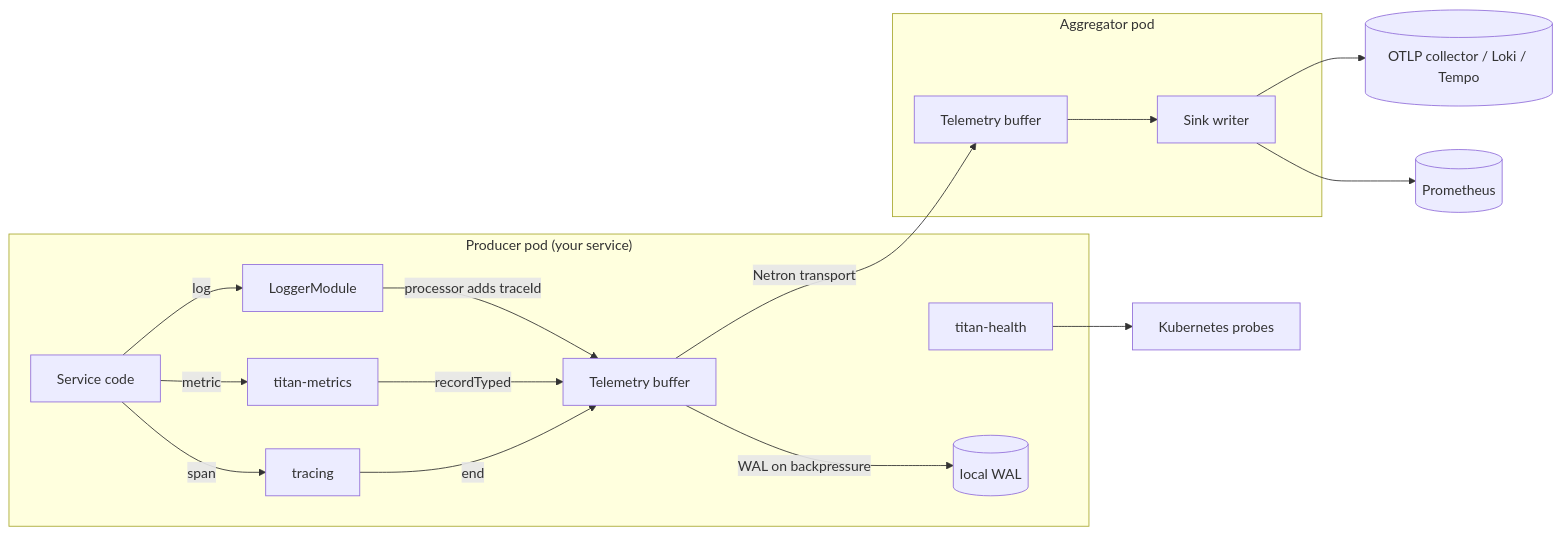
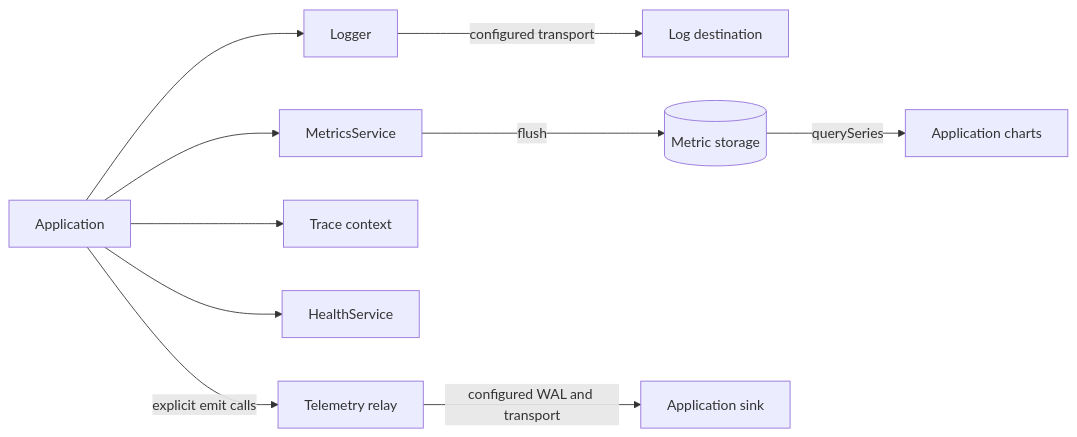
The diagram in docs/titan/recipes/observability-stack.md (omnitron-dev/website), drawn with Mermaid before and after one commit. The commit also changed other lines of this file and 4 other files, not shown here.

````diff
--- a/docs/titan/recipes/observability-stack.md
+++ b/docs/titan/recipes/observability-stack.md
@@ -32,25 +28,12 @@
 ```mermaid
 flowchart LR
-  subgraph "Producer pod (your service)"
-    Code[Service code]
-    Code -- log --> Log[LoggerModule]
-    Code -- metric --> Met[titan-metrics]
-    Code -- span --> Trace[tracing]
-    Health[titan-health]
-
-    Log -- processor adds traceId --> Buf[Telemetry buffer]
-    Met -- recordTyped --> Buf
-    Trace -- end --> Buf
-    Buf -- WAL on backpressure --> WAL[(local WAL)]
-  end
-
-  subgraph "Aggregator pod"
-    AggBuf[Telemetry buffer]
-    AggBuf --> Sink[Sink writer]
-  end
-
-  Buf -- Netron transport --> AggBuf
-  Sink --> Backend[(OTLP collector / Loki / Tempo)]
-  Sink --> Prom[(Prometheus)]
-  Health --> Probe[Kubernetes probes]
+  App[Application] --> Logs[Logger]
+  App --> Metrics[MetricsService]
+  App --> Context[Trace context]
+  App --> Health[HealthService]
+  Logs -- configured transport --> Dest[Log destination]
+  Metrics -- flush --> History[(Metric storage)]
+  History -- querySeries --> Charts[Application charts]
+  App -- explicit emit calls --> Relay[Telemetry relay]
+  Relay -- configured WAL and transport --> Sink[Application sink]
 ```
````
